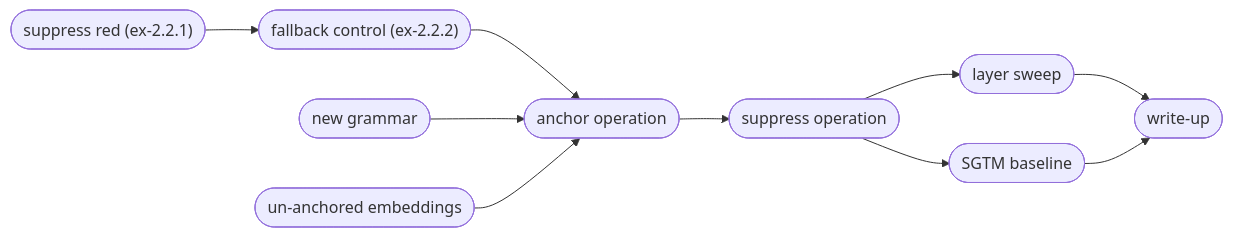
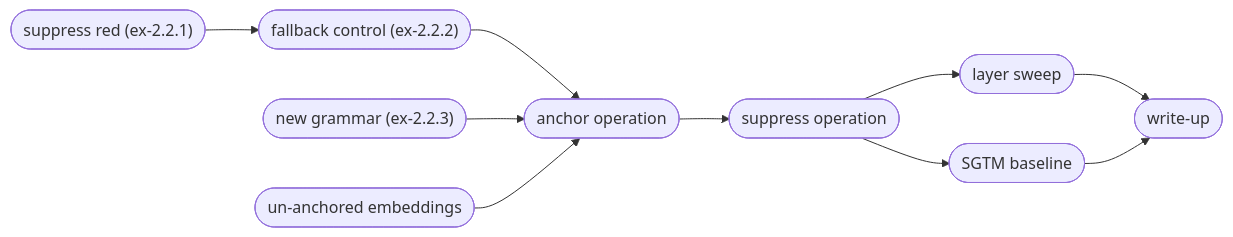
One commit to z0u-bot/sca2-mirror changed the diagram in docs/m2/d2.2/design.md. Above: the diagram before and after it, drawn with Mermaid. The commit also changed other lines of this file and 8 other files, not shown here.

````diff
--- a/docs/m2/d2.2/design.md
+++ b/docs/m2/d2.2/design.md
@@ -19,15 +19,15 @@
 ```mermaid
 flowchart LR
 a11(["suppress red (ex-2.2.1)"])
 a12(["fallback control (ex-2.2.2)"])
-a2(["new grammar"])
+a2(["new grammar (ex-2.2.3)"])
 a3(["un-anchored embeddings"])
 c(["anchor operation"])
 d(["suppress operation"])
 e(["layer sweep"])
 f(["SGTM baseline"])
 g(["write-up"])
 
 a11 --> a12
 a12 & a2 & a3 --> c --> d --> e & f --> g
 ```
````
